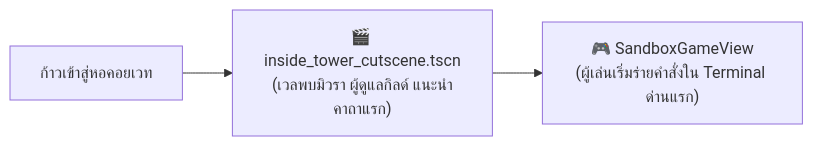
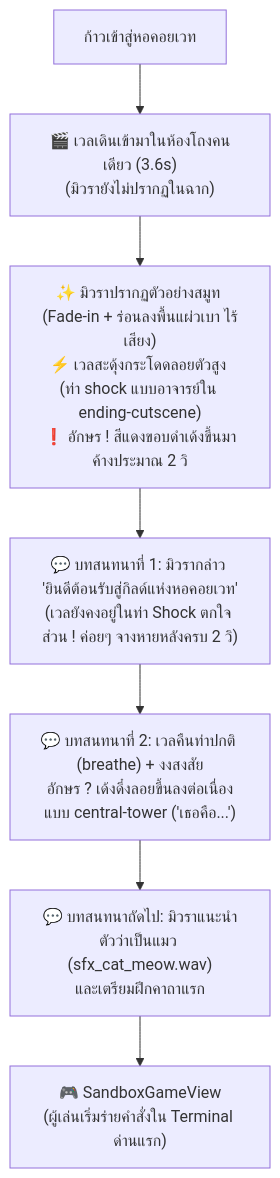
The diagram in docs/inside-tower-cutscene.md (PetchAuisui/Demo-Game-Git-Diwaa), drawn with Mermaid before and after one commit. The commit also changed other lines of this file and 2 other files, not shown here.

````diff
--- a/docs/inside-tower-cutscene.md
+++ b/docs/inside-tower-cutscene.md
@@ -11,5 +11,9 @@
 ```mermaid
-flowchart LR
-    A["ก้าวเข้าสู่หอคอยเวท"] --> B["🎬 inside_tower_cutscene.tscn\n(เวลพบมิวรา ผู้ดูแลกิลด์ แนะนำคาถาแรก)"]
-    B --> C["🎮 SandboxGameView\n(ผู้เล่นเริ่มร่ายคำสั่งใน Terminal ด่านแรก)"]
+flowchart TD
+    A["ก้าวเข้าสู่หอคอยเวท"] --> B["🎬 เวลเดินเข้ามาในห้องโถงคนเดียว (3.6s)\n(มิวรายังไม่ปรากฏในฉาก)"]
+    B --> C["✨ มิวราปรากฏตัวอย่างสมูท (Fade-in + ร่อนลงพื้นแผ่วเบา ไร้เสียง)\n⚡ เวลสะดุ้งกระโดดลอยตัวสูง (ท่า shock แบบอาจารย์ใน ending-cutscene)\n❗ อักษร ! สีแดงขอบดำเด้งขึ้นมาค้างประมาณ 2 วิ"]
+    C --> D["💬 บทสนทนาที่ 1: มิวรากล่าว 'ยินดีต้อนรับสู่กิลด์แห่งหอคอยเวท'\n(เวลยังคงอยู่ในท่า Shock ตกใจ ส่วน ! ค่อยๆ จางหายหลังครบ 2 วิ)"]
+    D --> E["💬 บทสนทนาที่ 2: เวลคืนท่าปกติ (breathe) + งงสงสัย\nอักษร ? เด้งดึ๋งลอยขึ้นลงต่อเนื่องแบบ central-tower ('เธอคือ...')"]
+    E --> F["💬 บทสนทนาถัดไป: มิวราแนะนำตัวว่าเป็นแมว (sfx_cat_meow.wav)\nและเตรียมฝึกคาถาแรก"]
+    F --> G["🎮 SandboxGameView\n(ผู้เล่นเริ่มร่ายคำสั่งใน Terminal ด่านแรก)"]
 ```
````
